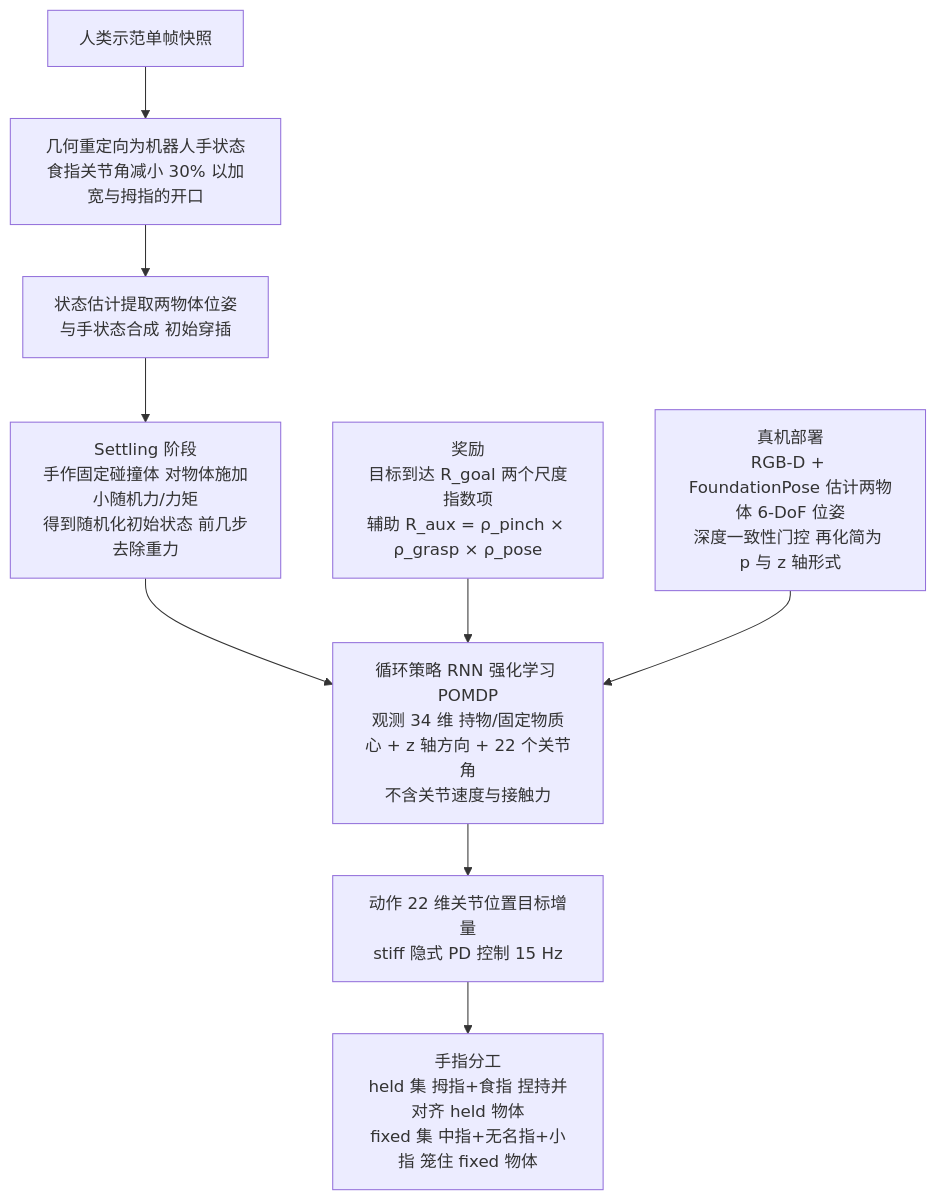
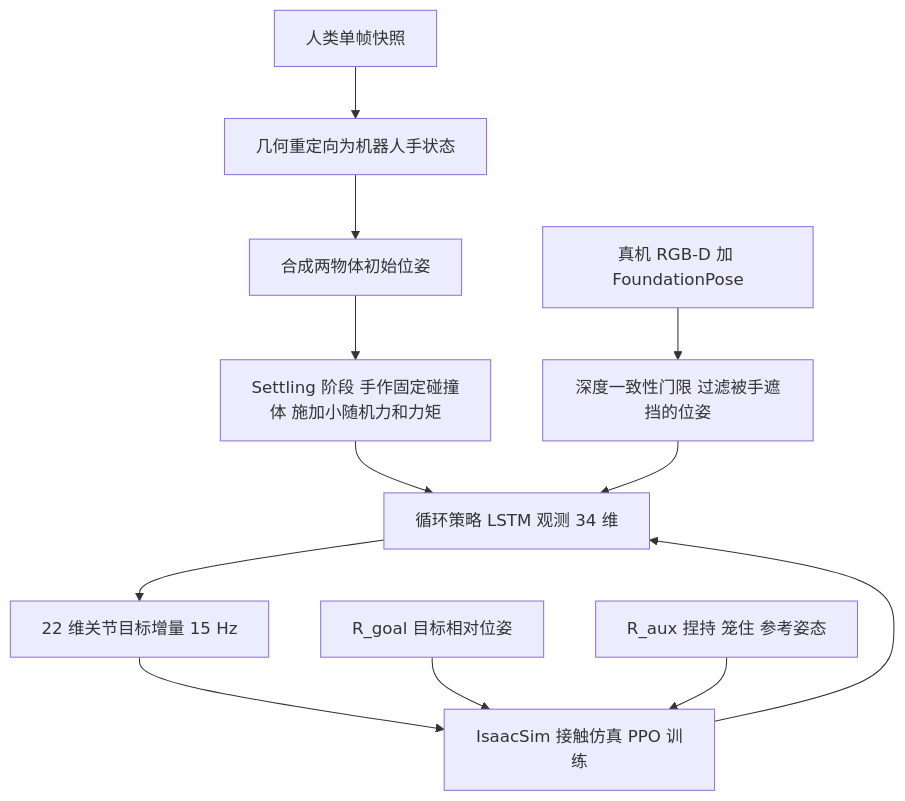
The diagram in wiki/entities/paper-assembling-two-parts-in-one-hand.md (ImChong/Robotics_Notebooks), drawn with Mermaid before and after one commit. The commit also changed other lines of this file and 196 other files, not shown here.

````diff
--- a/wiki/entities/paper-assembling-two-parts-in-one-hand.md
+++ b/wiki/entities/paper-assembling-two-parts-in-one-hand.md
@@ -46,11 +62,14 @@
 ```mermaid
 flowchart TD
-    A[人类示范单帧快照] --> B[几何重定向为机器人手状态<br/>食指关节角减小 30% 以加宽与拇指的开口]
-    B --> C[状态估计提取两物体位姿<br/>与手状态合成 初始穿插]
-    C --> D[Settling 阶段<br/>手作固定碰撞体 对物体施加小随机力/力矩<br/>得到随机化初始状态 前几步去除重力]
-    D --> E[循环策略 RNN 强化学习 POMDP<br/>观测 34 维 持物/固定物质心 + z 轴方向 + 22 个关节角<br/>不含关节速度与接触力]
-    E --> F[动作 22 维关节位置目标增量<br/>stiff 隐式 PD 控制 15 Hz]
-    F --> G[手指分工<br/>held 集 拇指+食指 捏持并对齐 held 物体<br/>fixed 集 中指+无名指+小指 笼住 fixed 物体]
-    H[奖励<br/>目标到达 R_goal 两个尺度指数项<br/>辅助 R_aux = ρ_pinch × ρ_grasp × ρ_pose] --> E
-    I[真机部署<br/>RGB-D + FoundationPose 估计两物体 6-DoF 位姿<br/>深度一致性门控 再化简为 p 与 z 轴形式] --> E
+    A[人类单帧快照] --> B[几何重定向为机器人手状态]
+    B --> C[合成两物体初始位姿]
+    C --> D[Settling 阶段 手作固定碰撞体 施加小随机力和力矩]
+    D --> E[循环策略 LSTM 观测 34 维]
+    E --> F[22 维关节目标增量 15 Hz]
+    F --> G[IsaacSim 接触仿真 PPO 训练]
+    H[R_goal 目标相对位姿] --> G
+    I[R_aux 捏持 笼住 参考姿态] --> G
+    G --> E
+    J[真机 RGB-D 加 FoundationPose] --> K[深度一致性门限 过滤被手遮挡的位姿]
+    K --> E
 ```
````
